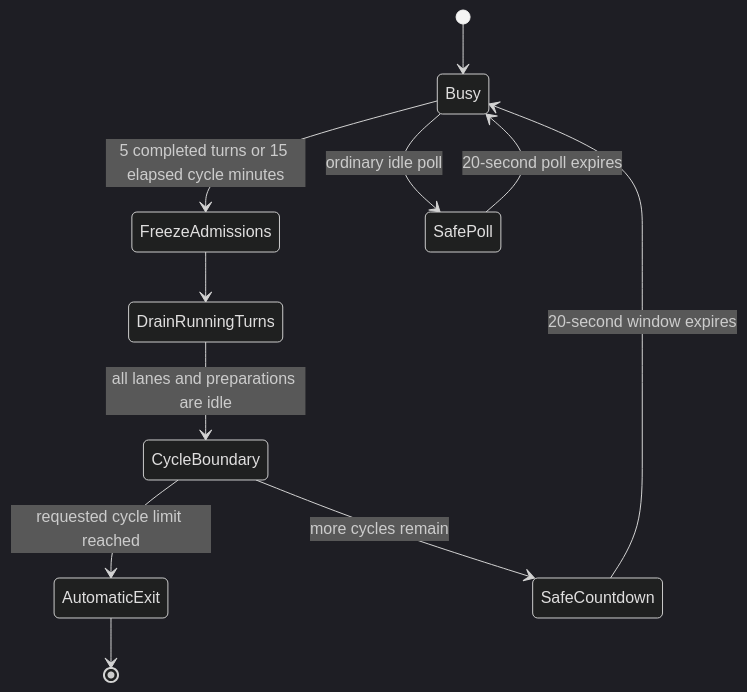
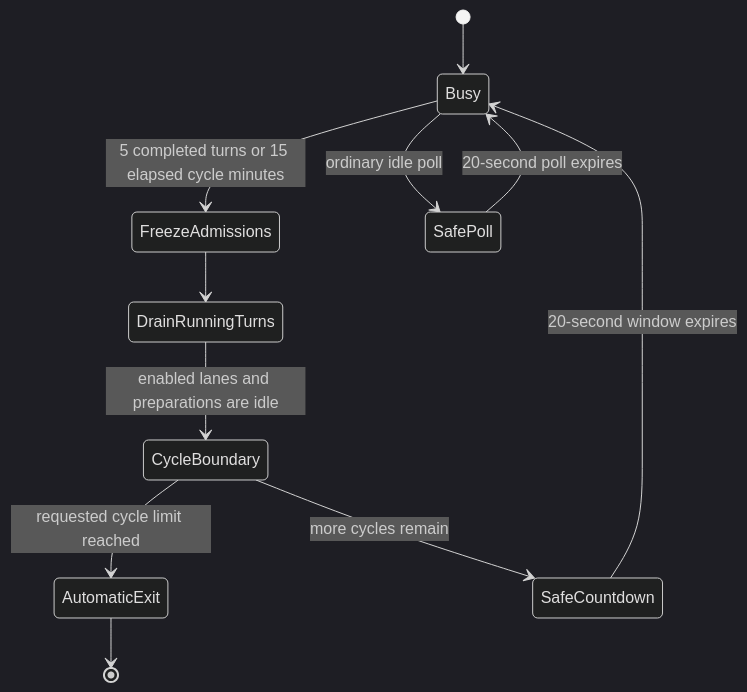
One commit to SBU-COSMOLIKE/emulators_code_v2 changed the fourth of 8 diagrams in ai/README.md. Above: the diagram before and after it, drawn with Mermaid (dark theme). The commit also changed other lines of this file and 11 other files, not shown here.

````diff
--- a/ai/README.md
+++ b/ai/README.md
@@ -398,13 +441,13 @@
 ```mermaid
 stateDiagram-v2
   [*] --> Busy
   Busy --> FreezeAdmissions: 5 completed turns or 15 elapsed cycle minutes
   FreezeAdmissions --> DrainRunningTurns
-  DrainRunningTurns --> CycleBoundary: all lanes and preparations are idle
+  DrainRunningTurns --> CycleBoundary: enabled lanes and preparations are idle
   CycleBoundary --> AutomaticExit: requested cycle limit reached
   AutomaticExit --> [*]
   CycleBoundary --> SafeCountdown: more cycles remain
   SafeCountdown --> Busy: 20-second window expires
   Busy --> SafePoll: ordinary idle poll
   SafePoll --> Busy: 20-second poll expires
 ```
````
